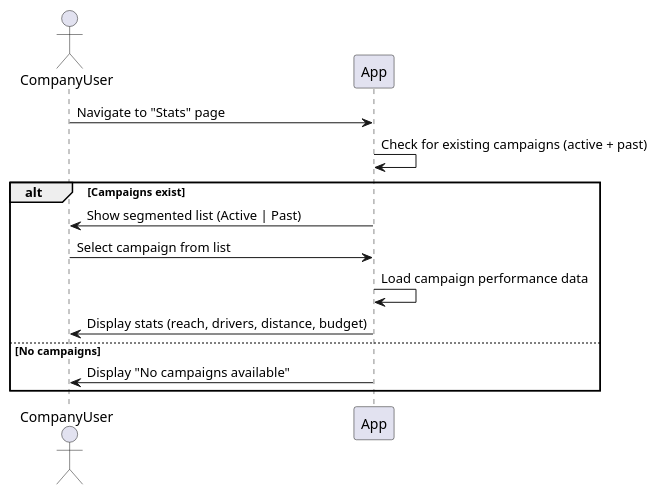
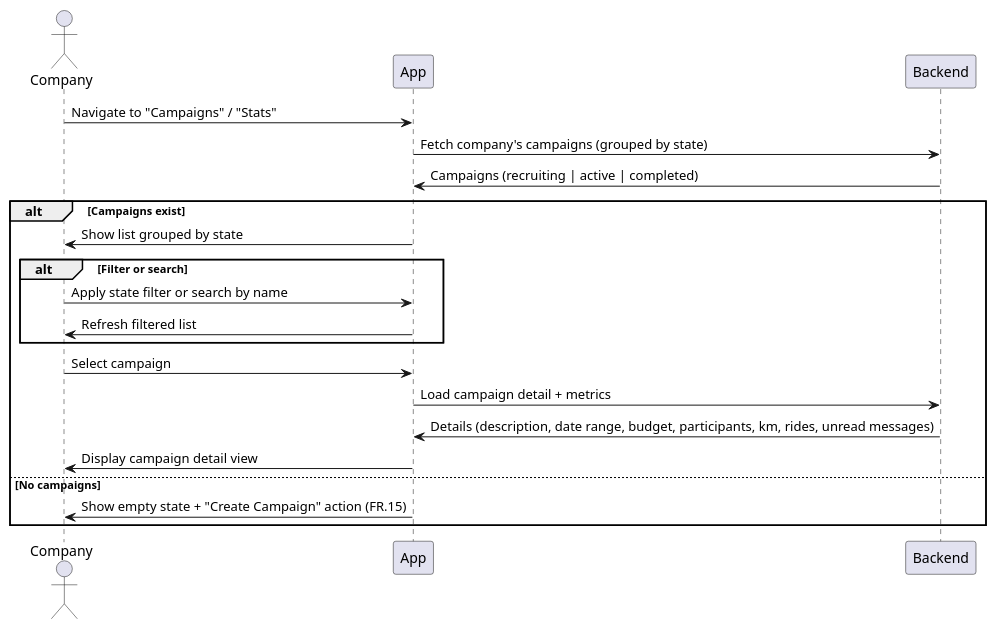
Before and after one commit to TheXik/Ad-on-Wheels: the diagram in DOCS/Usecases/Company/View-Active-Past-Campaigns/ViewCampaignReach.puml, drawn with PlantUML. The commit also changed 19 other files, not shown here.

Commit message:
docs: update puml diagrams and the svg

```diff
--- a/DOCS/Usecases/Company/View-Active-Past-Campaigns/ViewCampaignReach.puml
+++ b/DOCS/Usecases/Company/View-Active-Past-Campaigns/ViewCampaignReach.puml
@@ -1,16 +1,25 @@
 @startuml ViewCampaignStats
-actor CompanyUser
+actor Company
 
-CompanyUser -> App : Navigate to "Stats" page
-App -> App : Check for existing campaigns (active + past)
+Company -> App : Navigate to "Campaigns" / "Stats"
+App -> Backend : Fetch company's campaigns (grouped by state)
+Backend -> App : Campaigns (recruiting | active | completed)
 
 alt Campaigns exist
-    App -> CompanyUser : Show segmented list (Active | Past)
-    CompanyUser -> App : Select campaign from list
-    App -> App : Load campaign performance data
-    App -> CompanyUser : Display stats (reach, drivers, distance, budget)
+    App -> Company : Show list grouped by state
+
+    alt Filter or search
+        Company -> App : Apply state filter or search by name
+        App -> Company : Refresh filtered list
+    end
+
+    Company -> App : Select campaign
+    App -> Backend : Load campaign detail + metrics
+    Backend -> App : Details (description, date range, budget, participants, km, rides, unread messages)
+    App -> Company : Display campaign detail view
+
 else No campaigns
-    App -> CompanyUser : Display "No campaigns available"
+    App -> Company : Show empty state + "Create Campaign" action (FR.15)
 end
 
 @enduml
```
